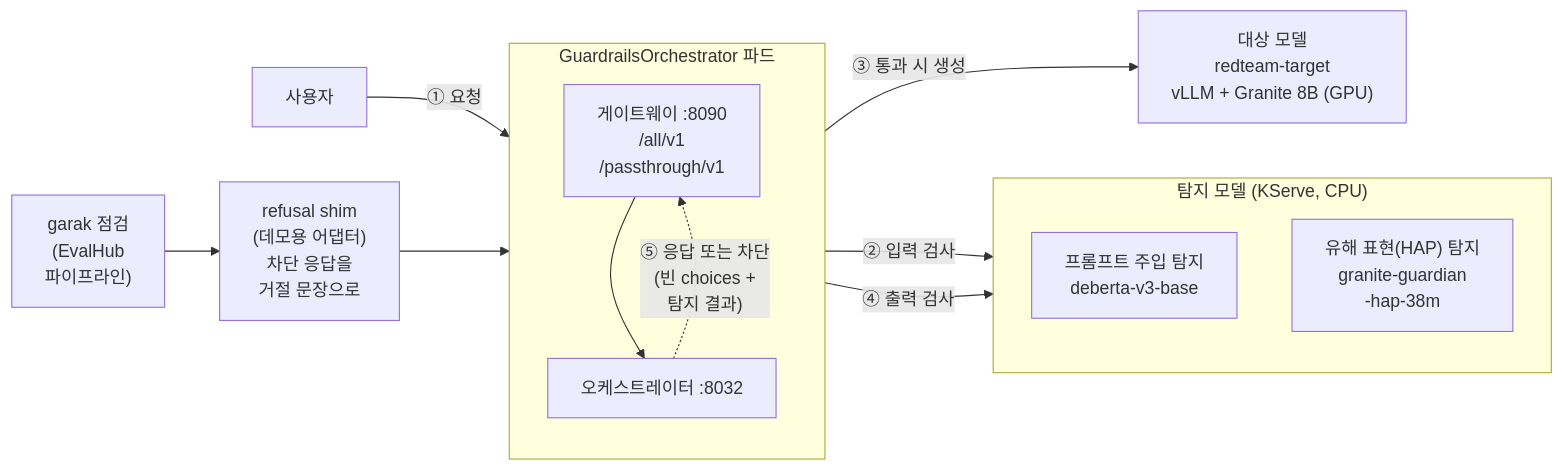
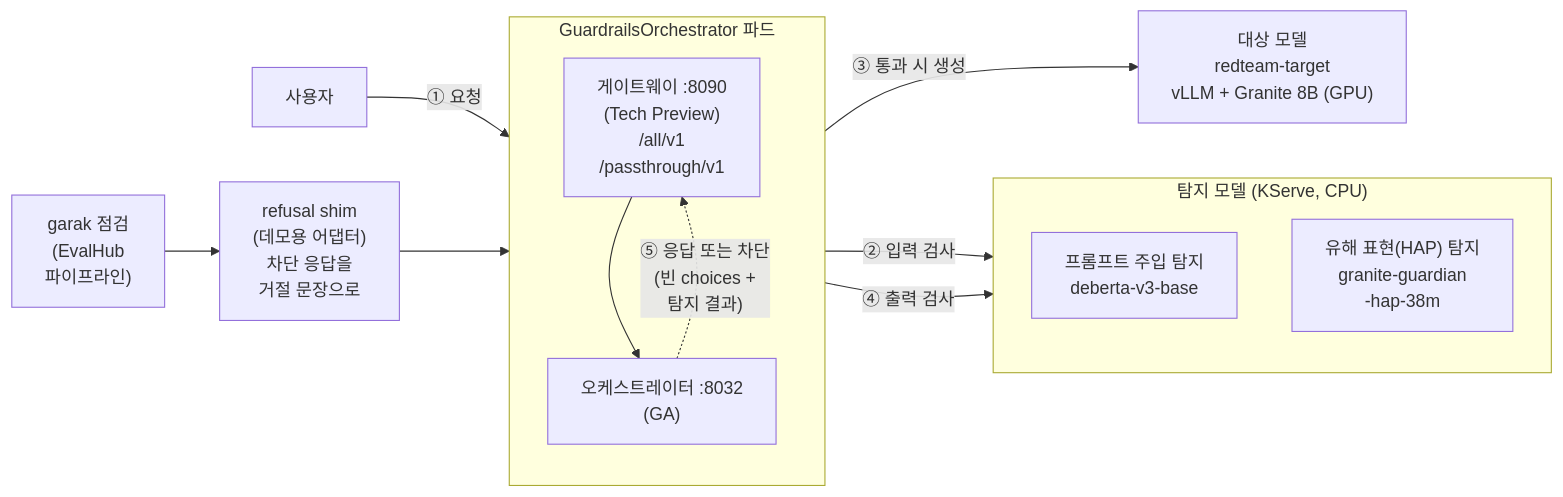
Before and after one commit to jangminjun/openshift-ai-security-demo: the diagram in scenarios/images/9/guardrails-architecture.mmd, drawn with Mermaid. The commit also changed 2 other files, not shown here.

```diff
--- a/scenarios/images/9/guardrails-architecture.mmd
+++ b/scenarios/images/9/guardrails-architecture.mmd
@@ -1,28 +1,28 @@
 %% Source of 00-guardrails-architecture.png. Re-render:
 %% .\harness\render-diagram.ps1 scenarios\images\9\guardrails-architecture.mmd scenarios\images\9\00-guardrails-architecture.png
 flowchart LR
   U["사용자"]
   G["garak 점검<br/>(EvalHub<br/>파이프라인)"]
   SH["refusal shim<br/>(데모용 어댑터)<br/>차단 응답을<br/>거절 문장으로"]
 
   subgraph GP["GuardrailsOrchestrator 파드"]
     direction TB
-    GW["게이트웨이 :8090<br/>/all/v1<br/>/passthrough/v1"]
-    OR["오케스트레이터 :8032"]
+    GW["게이트웨이 :8090<br/>(Tech Preview)<br/>/all/v1<br/>/passthrough/v1"]
+    OR["오케스트레이터 :8032<br/>(GA)"]
     GW --> OR
   end
 
   subgraph DET["탐지 모델 (KServe, CPU)"]
     direction TB
     PI["프롬프트 주입 탐지<br/>deberta-v3-base"]
     HAP["유해 표현(HAP) 탐지<br/>granite-guardian<br/>-hap-38m"]
   end
 
   T["대상 모델<br/>redteam-target<br/>vLLM + Granite 8B (GPU)"]
 
   U -->|"① 요청"| GW
   G --> SH --> GW
   OR -->|"② 입력 검사"| DET
   OR -->|"③ 통과 시 생성"| T
   OR -->|"④ 출력 검사"| DET
   OR -.->|"⑤ 응답 또는 차단<br/>(빈 choices +<br/>탐지 결과)"| GW
```
